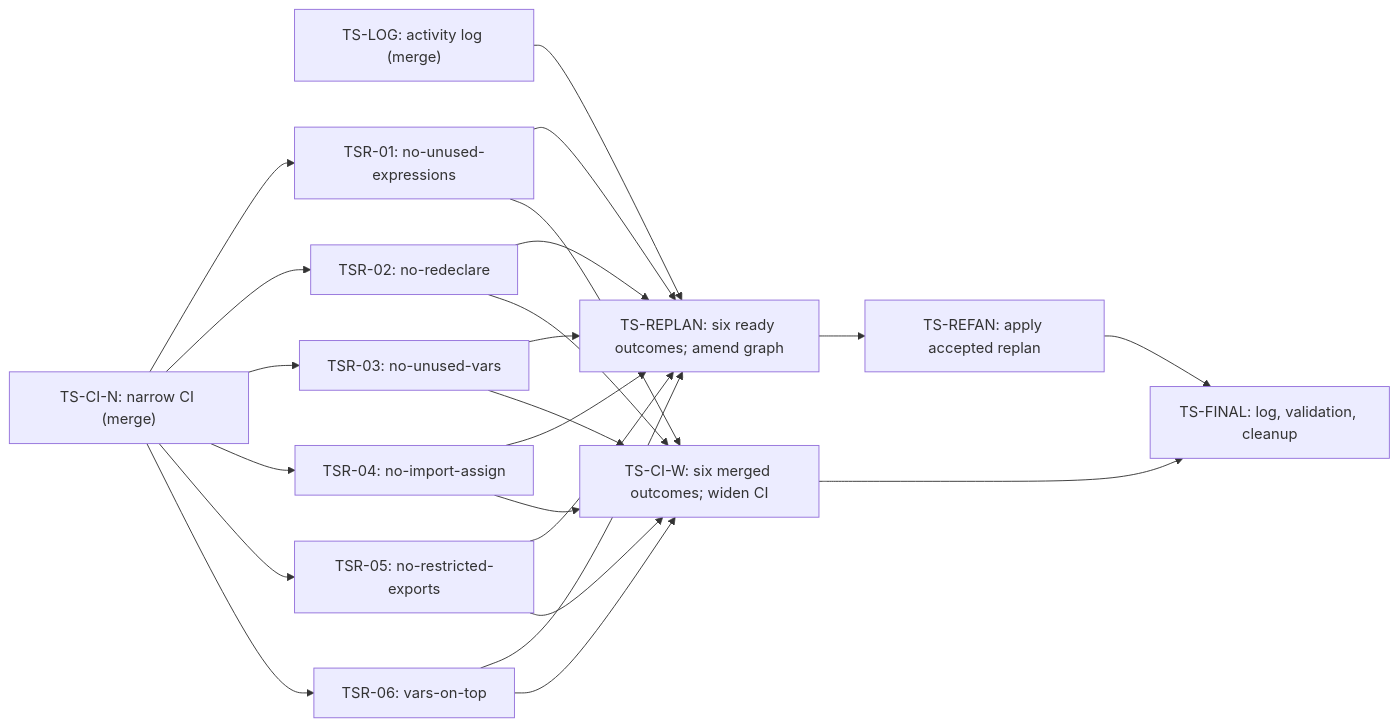
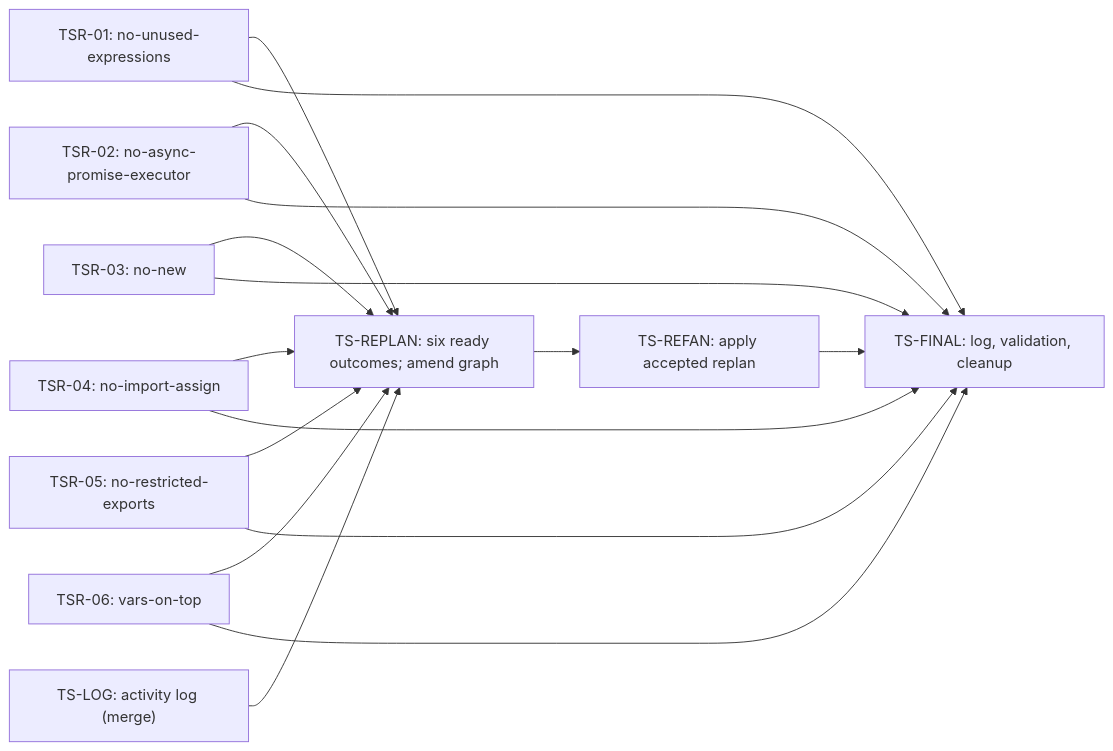
The diagram in docs/symphony-plans/fan-out-plan-100-119-eslint-ts-rules.mmd (1000lines/eslint), drawn with Mermaid before and after one commit. The commit also changed 4 other files, not shown here.

```diff
--- a/docs/symphony-plans/fan-out-plan-100-119-eslint-ts-rules.mmd
+++ b/docs/symphony-plans/fan-out-plan-100-119-eslint-ts-rules.mmd
@@ -1,36 +1,27 @@
 %% symphony-dag/v1
 flowchart LR
-  TS_CI_N["TS-CI-N: narrow CI (merge)"]
   TS_LOG["TS-LOG: activity log (merge)"]
   TSR_01["TSR-01: no-unused-expressions"]
-  TSR_02["TSR-02: no-redeclare"]
-  TSR_03["TSR-03: no-unused-vars"]
+  TSR_02["TSR-02: no-async-promise-executor"]
+  TSR_03["TSR-03: no-new"]
   TSR_04["TSR-04: no-import-assign"]
   TSR_05["TSR-05: no-restricted-exports"]
   TSR_06["TSR-06: vars-on-top"]
   TS_REPLAN["TS-REPLAN: six ready outcomes; amend graph"]
   TS_REFAN["TS-REFAN: apply accepted replan"]
-  TS_CI_W["TS-CI-W: six merged outcomes; widen CI"]
   TS_FINAL["TS-FINAL: log, validation, cleanup"]
-  TS_CI_N --> TSR_01
-  TS_CI_N --> TSR_02
-  TS_CI_N --> TSR_03
-  TS_CI_N --> TSR_04
-  TS_CI_N --> TSR_05
-  TS_CI_N --> TSR_06
   TSR_01 --> TS_REPLAN
   TSR_02 --> TS_REPLAN
   TSR_03 --> TS_REPLAN
   TSR_04 --> TS_REPLAN
   TSR_05 --> TS_REPLAN
   TSR_06 --> TS_REPLAN
-  TSR_01 --> TS_CI_W
-  TSR_02 --> TS_CI_W
-  TSR_03 --> TS_CI_W
-  TSR_04 --> TS_CI_W
-  TSR_05 --> TS_CI_W
-  TSR_06 --> TS_CI_W
+  TSR_01 --> TS_FINAL
+  TSR_02 --> TS_FINAL
+  TSR_03 --> TS_FINAL
+  TSR_04 --> TS_FINAL
+  TSR_05 --> TS_FINAL
+  TSR_06 --> TS_FINAL
   TS_LOG --> TS_REPLAN
   TS_REPLAN --> TS_REFAN
   TS_REFAN --> TS_FINAL
-  TS_CI_W --> TS_FINAL
```
